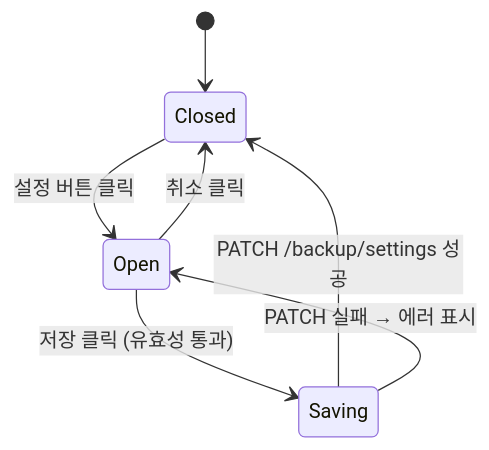
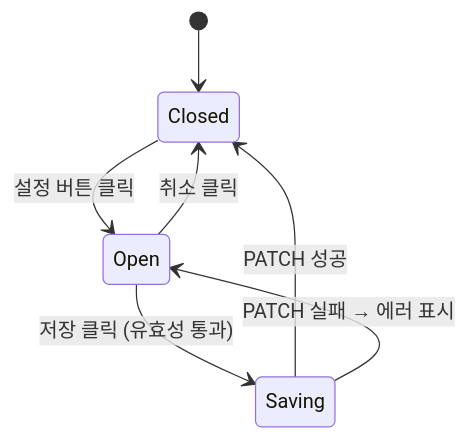
The diagram in docs/다이어그램/D09_설정관리/DLG/DLG-089-002_백업설정/M1_생명주기.md (dev-spogym/admin-pando), drawn with Mermaid before and after one commit. The commit also changed other lines of this file and 1660 other files, not shown here.

First line of the commit message:
다이어그램: 기획자/클라이언트 납품본으로 정리

````diff
--- a/docs/다이어그램/D09_설정관리/DLG/DLG-089-002_백업설정/M1_생명주기.md
+++ b/docs/다이어그램/D09_설정관리/DLG/DLG-089-002_백업설정/M1_생명주기.md
@@ -14,9 +12,9 @@
 ```mermaid
 stateDiagram-v2
     [*] --> Closed
     Closed --> Open: 설정 버튼 클릭
     Open --> Saving: 저장 클릭 (유효성 통과)
     Open --> Closed: 취소 클릭
-    Saving --> Closed: PATCH /backup/settings 성공
+    Saving --> Closed: PATCH 성공
     Saving --> Open: PATCH 실패 → 에러 표시
 ```
````
